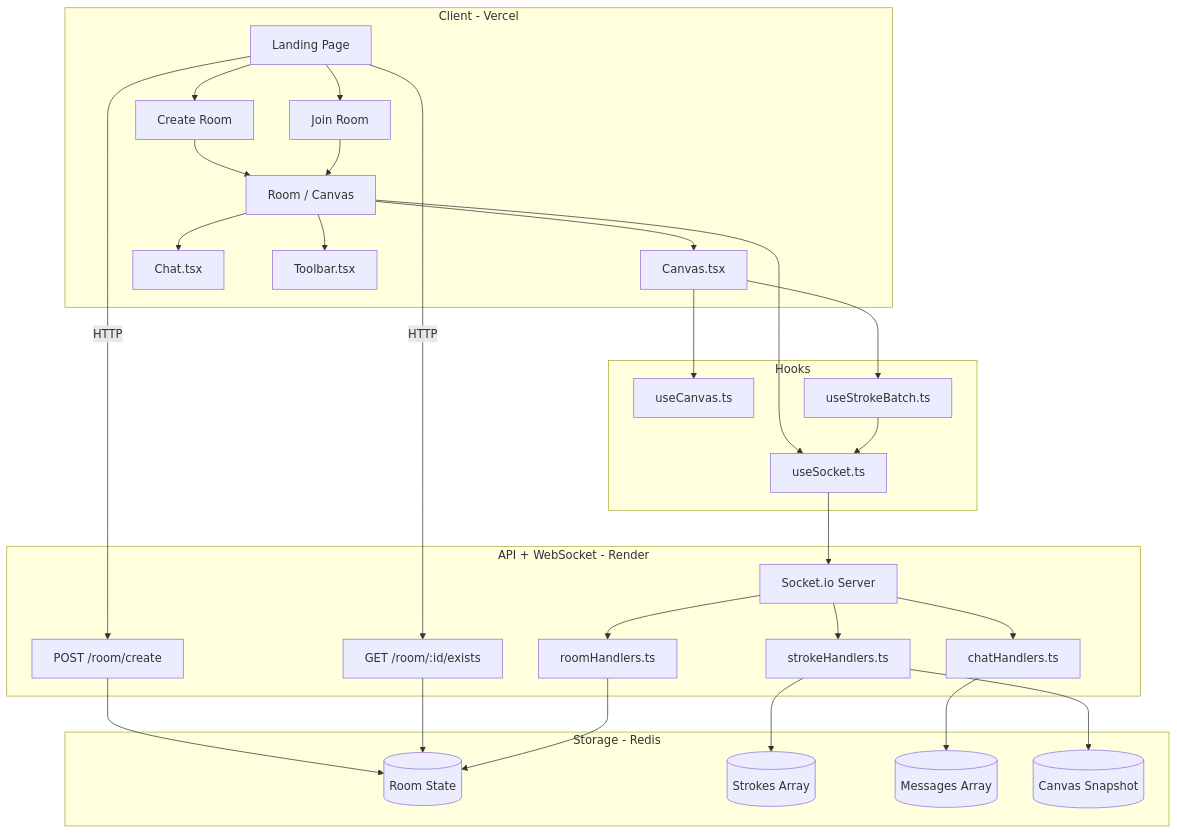
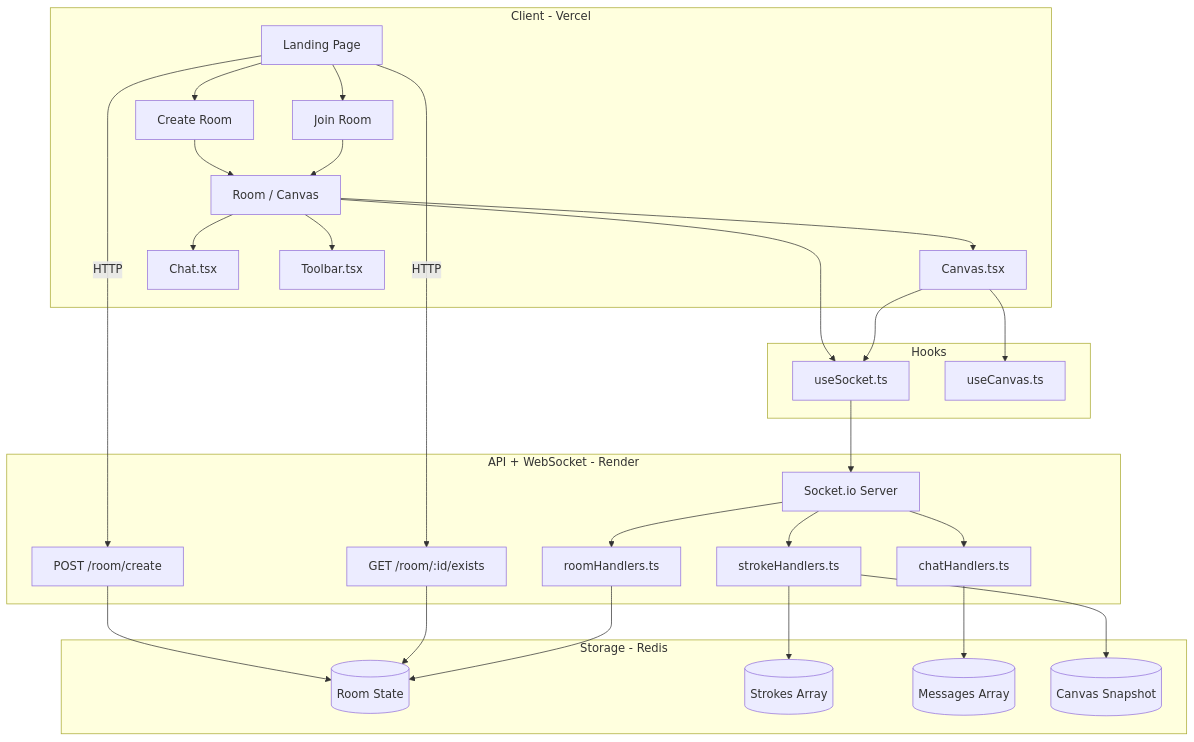
The diagram in README.md (Sedow360/drawee), drawn with Mermaid before and after one commit. The commit also changed other lines of this file, not shown here.

````diff
--- a/README.md
+++ b/README.md
@@ -99,44 +100,43 @@
 ```mermaid
 graph TB
     subgraph "Client - Vercel"
         A[Landing Page] --> B[Create Room]
         A --> C[Join Room]
         B --> D[Room / Canvas]
         C --> D
         D --> E[Canvas.tsx]
         D --> F[Chat.tsx]
         D --> G[Toolbar.tsx]
     end
 
     subgraph "Hooks"
         H[useSocket.ts]
         I[useCanvas.ts]
-        J[useStrokeBatch.ts]
     end
 
     subgraph "API + WebSocket - Render"
         K[POST /room/create]
         L[GET /room/:id/exists]
         M[Socket.io Server]
         N[roomHandlers.ts]
         O[strokeHandlers.ts]
         P[chatHandlers.ts]
     end
 
     subgraph "Storage - Redis"
         Q[(Room State)]
         R[(Strokes Array)]
         S[(Messages Array)]
         T[(Canvas Snapshot)]
     end
 
     D --> H --> M
     E --> I
-    E --> J --> H
+    E --> H
     A -->|HTTP| K --> Q
     A -->|HTTP| L --> Q
     M --> N --> Q
     M --> O --> R
     M --> P --> S
     O --> T
 ```
````
